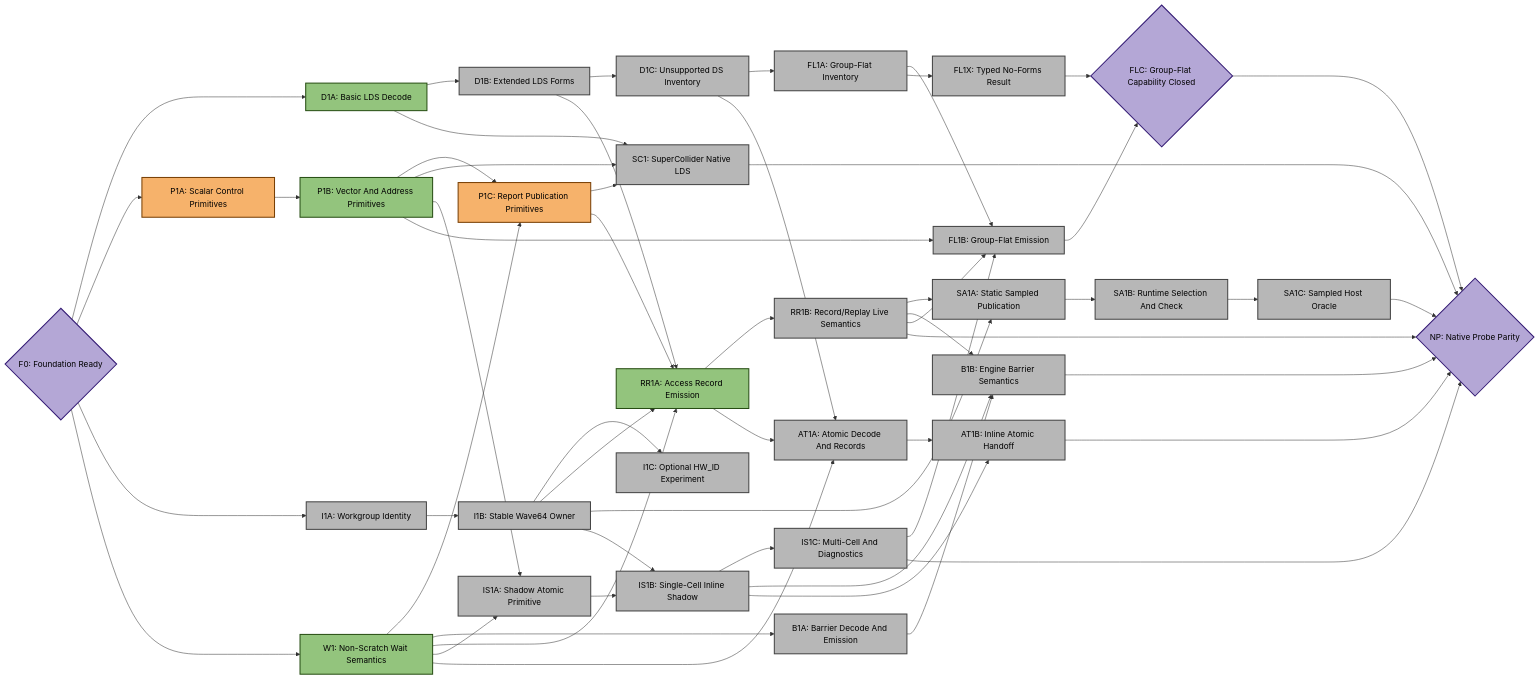
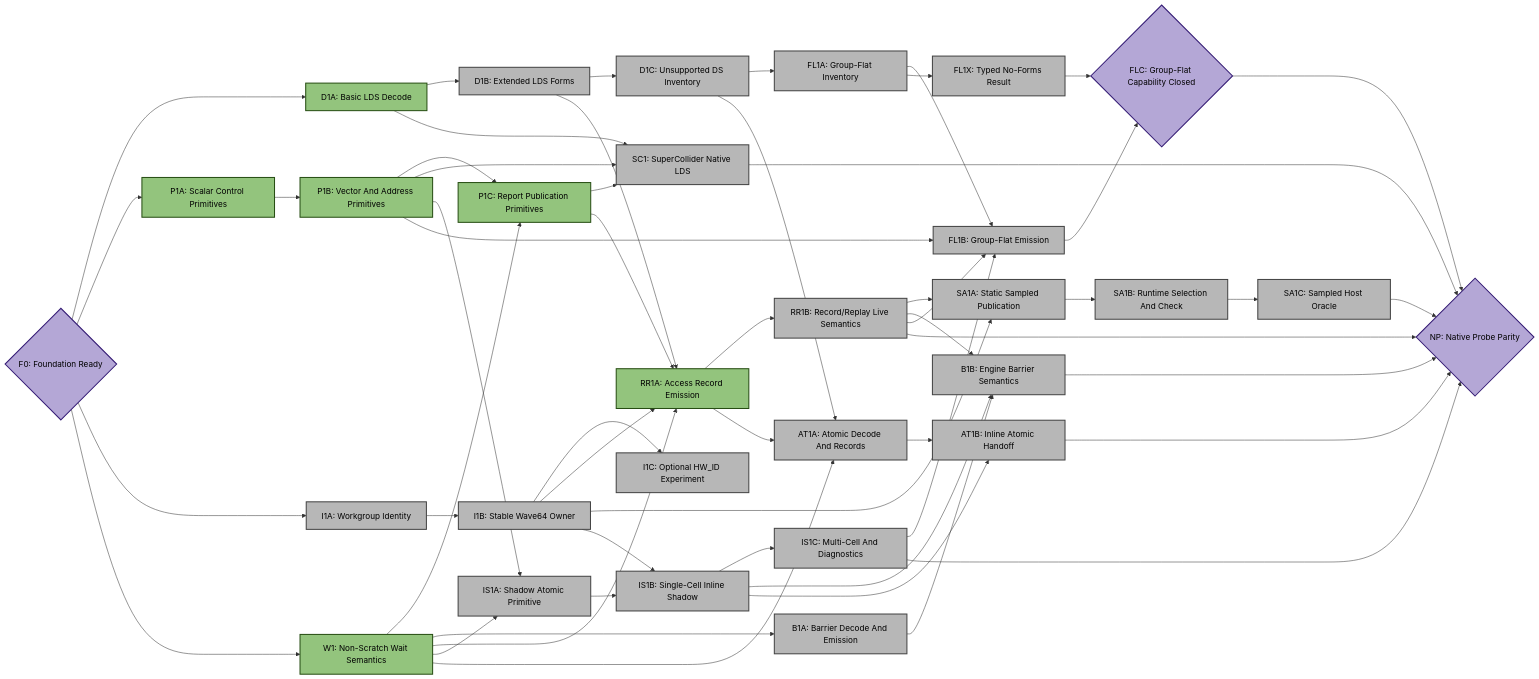
Before and after one commit to ROCm/rocm-systems: the fourth of 5 diagrams in emulation/rocjitsu/docs/consan/PLAN_GFX950.md, drawn with Mermaid. The commit also changed other lines of this file and 6 other files, not shown here.

Commit message:
rocjitsu: prove gfx950 scalar and report primitives

```diff
--- a/emulation/rocjitsu/docs/consan/PLAN_GFX950.md
+++ b/emulation/rocjitsu/docs/consan/PLAN_GFX950.md
@@ -272,9 +279,9 @@
   D1A["D1A: Basic LDS Decode"]:::done
   D1B["D1B: Extended LDS Forms"]:::todo
   D1C["D1C: Unsupported DS Inventory"]:::todo
-  P1A["P1A: Scalar Control Primitives"]:::active
+  P1A["P1A: Scalar Control Primitives"]:::done
   P1B["P1B: Vector And Address Primitives"]:::done
-  P1C["P1C: Report Publication Primitives"]:::active
+  P1C["P1C: Report Publication Primitives"]:::done
   I1A["I1A: Workgroup Identity"]:::todo
   I1B["I1B: Stable Wave64 Owner"]:::todo
   I1C["I1C: Optional HW_ID Experiment"]:::todo
```
